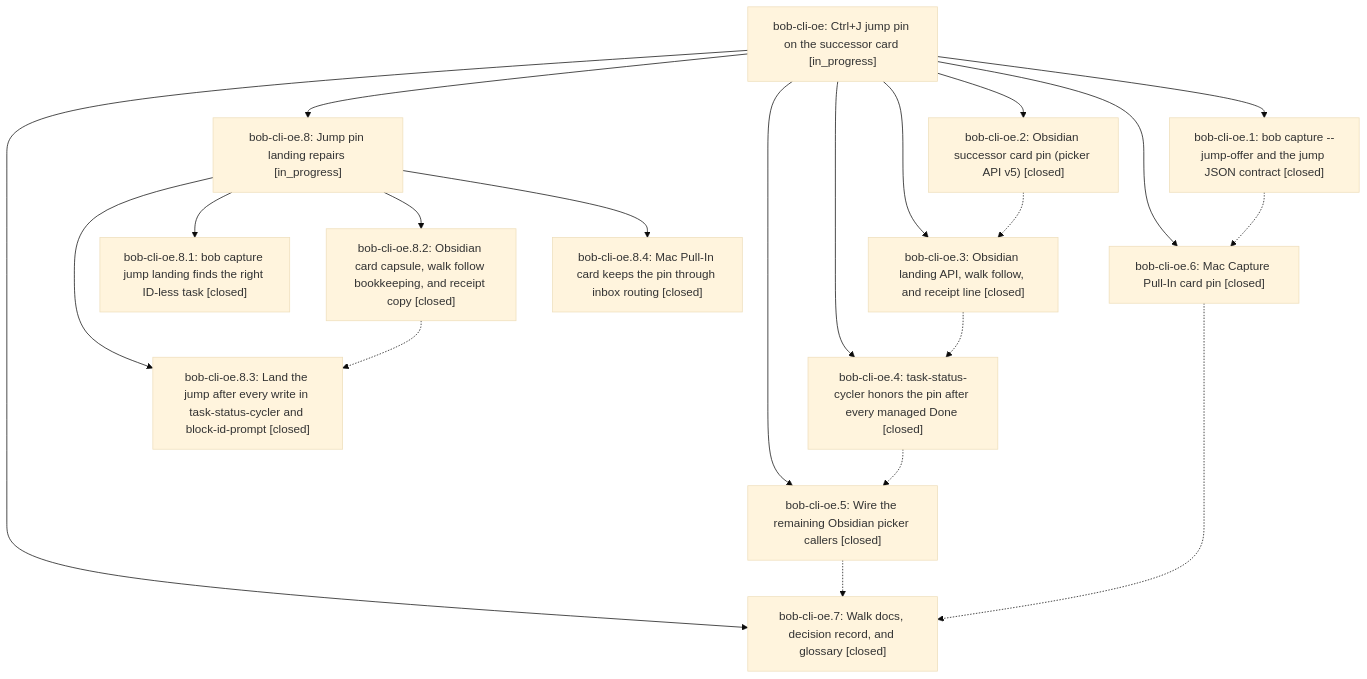
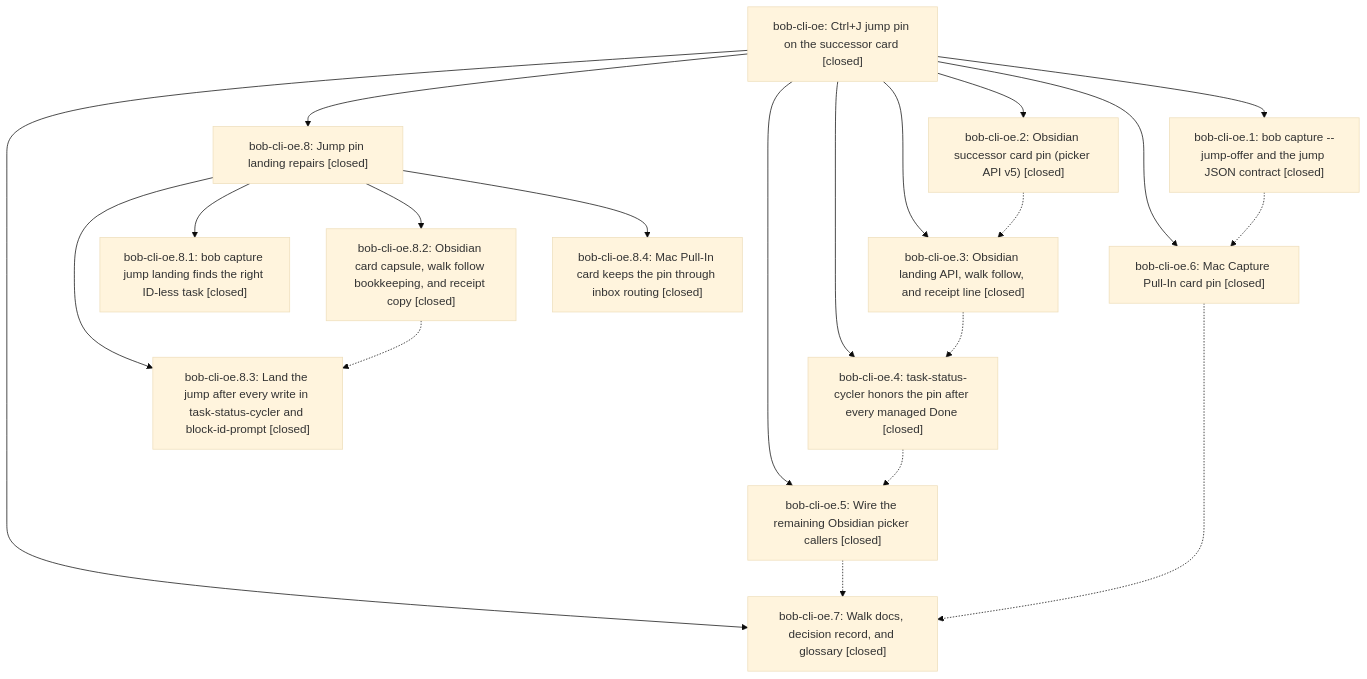
Before and after one commit to bobs-org/bob-cli--beads: the diagram in pages/bob-cli-oe/README.md, drawn with Mermaid (base theme). The commit also changed other lines of this file and 4 other files, not shown here.

First line of the commit message:
chore(beads): sync bead state and pages for bob-cli-oe

````diff
--- a/pages/bob-cli-oe/README.md
+++ b/pages/bob-cli-oe/README.md
@@ -50,35 +60,35 @@
 ```mermaid
 flowchart TD
-    n0["bob-cli-oe: Ctrl+J jump pin on the successor card [in_progress]"]
+    n0["bob-cli-oe: Ctrl+J jump pin on the successor card [closed]"]
     n1["bob-cli-oe.1: bob capture --jump-offer and the jump JSON contract [closed]"]
     n2["bob-cli-oe.2: Obsidian successor card pin (picker API v5) [closed]"]
     n3["bob-cli-oe.3: Obsidian landing API, walk follow, and receipt line [closed]"]
     n4["bob-cli-oe.4: task-status-cycler honors the pin after every managed Done [closed]"]
     n5["bob-cli-oe.5: Wire the remaining Obsidian picker callers [closed]"]
     n6["bob-cli-oe.6: Mac Capture Pull-In card pin [closed]"]
     n7["bob-cli-oe.7: Walk docs, decision record, and glossary [closed]"]
-    n8["bob-cli-oe.8: Jump pin landing repairs [in_progress]"]
+    n8["bob-cli-oe.8: Jump pin landing repairs [closed]"]
     n9["bob-cli-oe.8.1: bob capture jump landing finds the right ID-less task [closed]"]
     n10["bob-cli-oe.8.2: Obsidian card capsule, walk follow bookkeeping, and receipt copy [closed]"]
     n11["bob-cli-oe.8.3: Land the jump after every write in task-status-cycler and block-id-prompt [closed]"]
     n12["bob-cli-oe.8.4: Mac Pull-In card keeps the pin through inbox routing [closed]"]
     n0 --> n1
     n0 --> n2
     n0 --> n3
     n0 --> n4
     n0 --> n5
     n0 --> n6
     n0 --> n7
     n0 --> n8
     n8 --> n9
     n8 --> n10
     n8 --> n11
     n8 --> n12
     n1 -.-> n6
     n2 -.-> n3
     n3 -.-> n4
     n4 -.-> n5
     n5 -.-> n7
     n6 -.-> n7
     n10 -.-> n11
 ```
````
